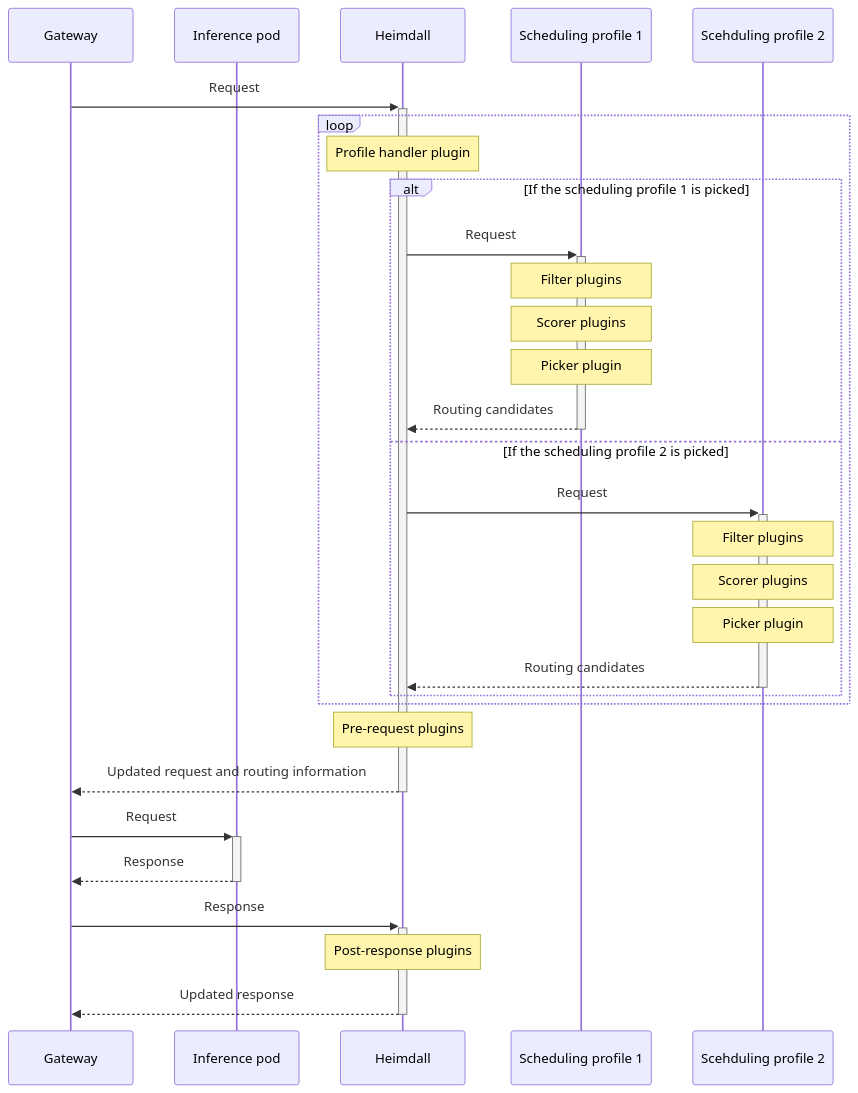
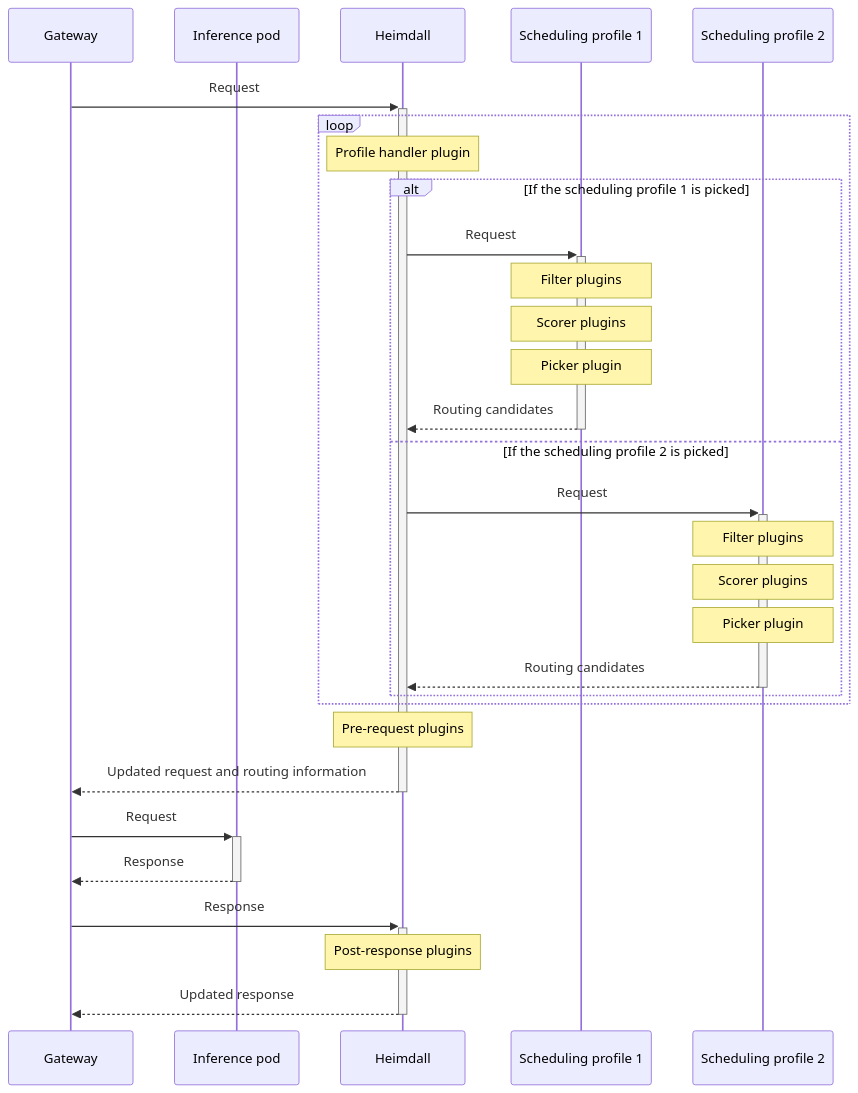
The diagram in website/docs/reference/heimdall_scheduler.mdx (moreh-dev/mif), drawn with Mermaid before and after one commit. The commit also changed 3 other files, not shown here.

````diff
--- a/website/docs/reference/heimdall_scheduler.mdx
+++ b/website/docs/reference/heimdall_scheduler.mdx
@@ -19,44 +19,44 @@
 ```mermaid
 sequenceDiagram
   participant Gateway
   participant Inference-pod as Inference pod
   participant Heimdall
   participant Scheduling-profile-1 as Scheduling profile 1
-  participant Scheduling-profile-2 as Scehduling profile 2
+  participant Scheduling-profile-2 as Scheduling profile 2
 
   Gateway ->>+ Heimdall: Request
 
   loop
 
     Note over Heimdall: Profile handler plugin
 
     alt If the scheduling profile 1 is picked
 
       Heimdall ->>+ Scheduling-profile-1: Request
       Note over Scheduling-profile-1: Filter plugins
       Note over Scheduling-profile-1: Scorer plugins
       Note over Scheduling-profile-1: Picker plugin
       Scheduling-profile-1 -->>- Heimdall: Routing candidates
 
     else If the scheduling profile 2 is picked
 
       Heimdall ->>+ Scheduling-profile-2: Request
       Note over Scheduling-profile-2: Filter plugins
       Note over Scheduling-profile-2: Scorer plugins
       Note over Scheduling-profile-2: Picker plugin
       Scheduling-profile-2 -->>- Heimdall: Routing candidates
 
     end
 
   end
 
   Note over Heimdall: Pre-request plugins
   Heimdall -->>- Gateway: Updated request and routing information
 
   Gateway ->>+ Inference-pod: Request
   Inference-pod -->>- Gateway: Response
 
   Gateway ->>+ Heimdall: Response
   Note over Heimdall: Post-response plugins
   Heimdall -->>- Gateway: Updated response
 ```
````
